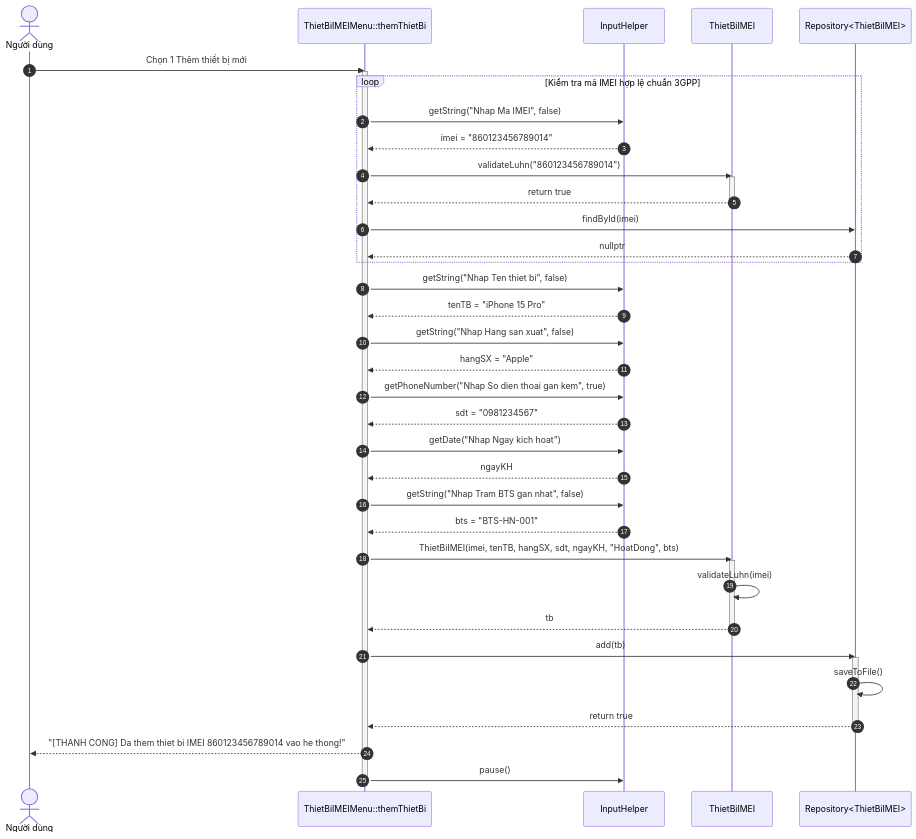
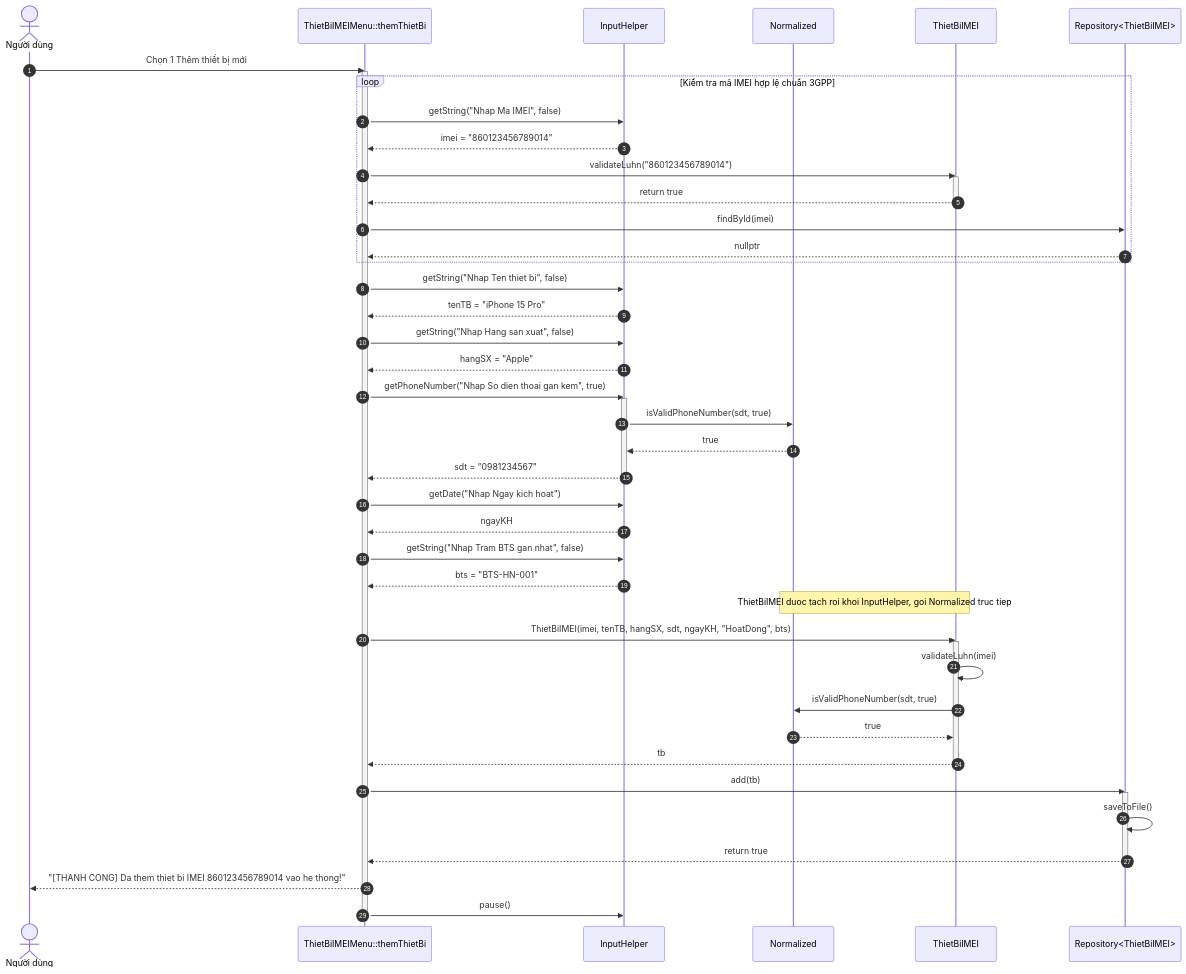
The fourth of 6 diagrams in docs/Operational/FUNCTION_CALLFLOW_SPEC.md (vgbn2/BTL_KTLT), drawn with Mermaid before and after one commit. The commit also changed other lines of this file and 32 other files, not shown here.

````diff
--- a/docs/Operational/FUNCTION_CALLFLOW_SPEC.md
+++ b/docs/Operational/FUNCTION_CALLFLOW_SPEC.md
@@ -195,53 +217,61 @@
 ```mermaid
 sequenceDiagram
     autonumber
     actor User as Người dùng
     participant Menu as ThietBiIMEIMenu::themThietBi
     participant Input as InputHelper
+    participant Norm as Normalized
     participant IMEIMod as ThietBiIMEI
     participant Repo as Repository<ThietBiIMEI>
 
     User->>Menu: Chọn 1 Thêm thiết bị mới
     activate Menu
 
     loop Kiểm tra mã IMEI hợp lệ chuẩn 3GPP
         Menu->>Input: getString("Nhap Ma IMEI", false)
         Input-->>Menu: imei = "860123456789014"
         Menu->>IMEIMod: validateLuhn("860123456789014")
         activate IMEIMod
         IMEIMod-->>Menu: return true
         deactivate IMEIMod
         Menu->>Repo: findById(imei)
         Repo-->>Menu: nullptr
     end
 
     Menu->>Input: getString("Nhap Ten thiet bi", false)
     Input-->>Menu: tenTB = "iPhone 15 Pro"
     Menu->>Input: getString("Nhap Hang san xuat", false)
     Input-->>Menu: hangSX = "Apple"
 
     Menu->>Input: getPhoneNumber("Nhap So dien thoai gan kem", true)
+    activate Input
+    Input->>Norm: isValidPhoneNumber(sdt, true)
+    Norm-->>Input: true
     Input-->>Menu: sdt = "0981234567"
+    deactivate Input
 
     Menu->>Input: getDate("Nhap Ngay kich hoat")
     Input-->>Menu: ngayKH
 
     Menu->>Input: getString("Nhap Tram BTS gan nhat", false)
     Input-->>Menu: bts = "BTS-HN-001"
 
+    Note over IMEIMod,Norm: ThietBiIMEI duoc tach roi khoi InputHelper, goi Normalized truc tiep
     Menu->>IMEIMod: ThietBiIMEI(imei, tenTB, hangSX, sdt, ngayKH, "HoatDong", bts)
     activate IMEIMod
     IMEIMod->>IMEIMod: validateLuhn(imei)
+    IMEIMod->>Norm: isValidPhoneNumber(sdt, true)
+    Norm-->>IMEIMod: true
     IMEIMod-->>Menu: tb
     deactivate IMEIMod
 
     Menu->>Repo: add(tb)
     activate Repo
     Repo->>Repo: saveToFile()
     Repo-->>Menu: return true
     deactivate Repo
 
     Menu-->>User: "[THANH CONG] Da them thiet bi IMEI 860123456789014 vao he thong!"
     Menu->>Input: pause()
     deactivate Menu
 ```
````
